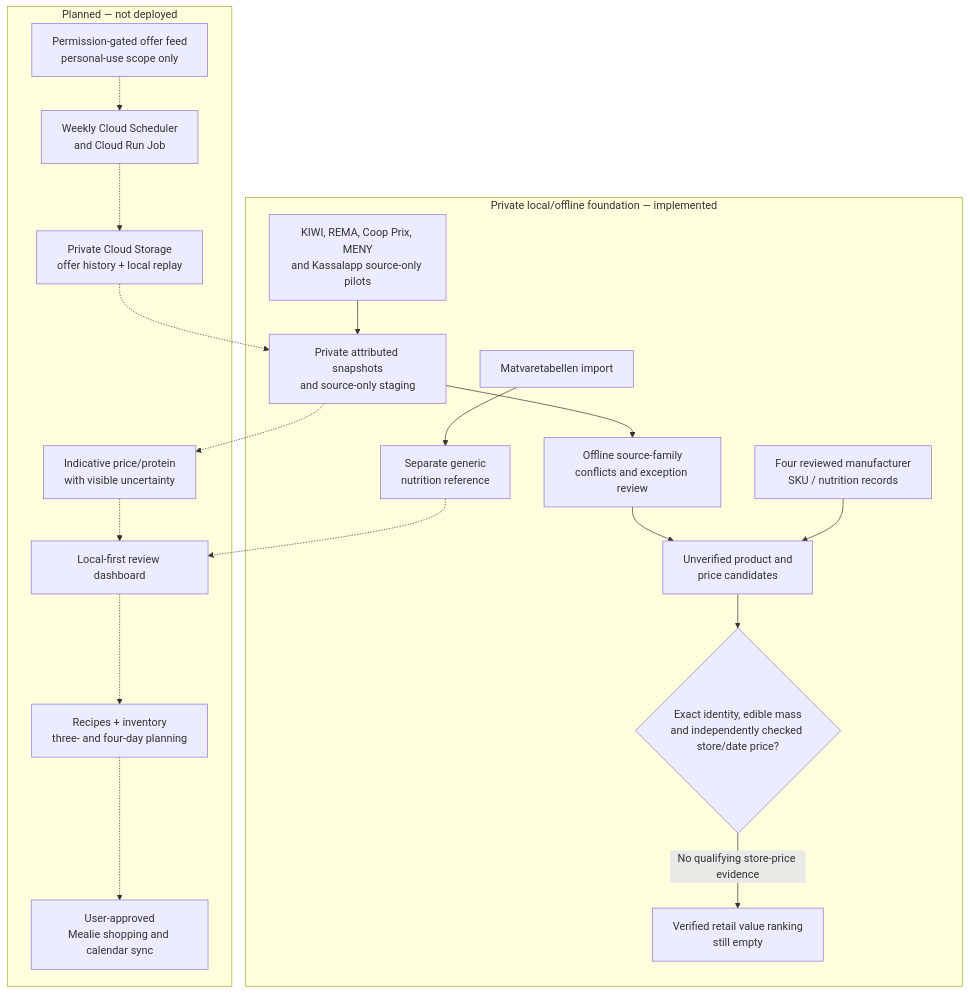
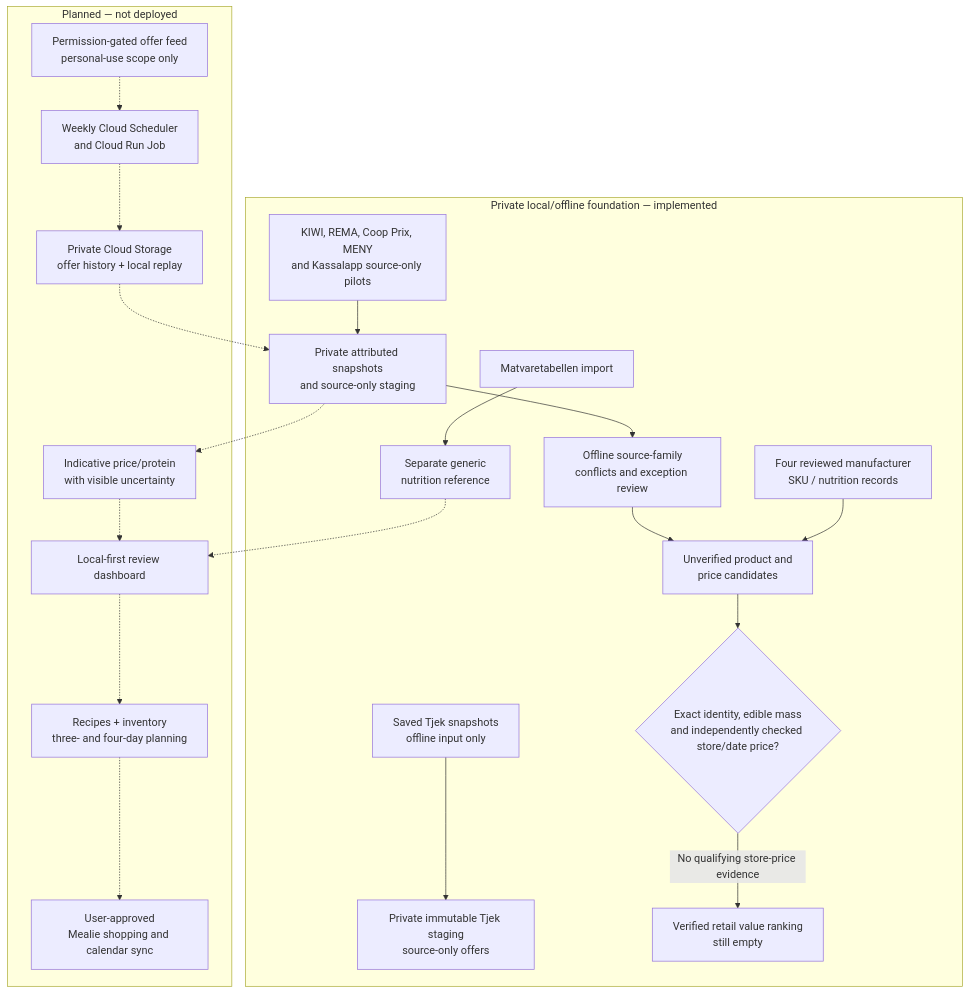
The second of 2 diagrams in README.md (wintersyntax/nutrivalue-portfolio), drawn with Mermaid before and after one commit. The commit also changed other lines of this file and 2 other files, not shown here.

First line of the commit message:
docs: sync public NutriValue portfolio with offline Tjek progress

```diff
--- a/README.md
+++ b/README.md
@@ -141,23 +142,24 @@
 ~~~mermaid
 flowchart TB
     subgraph Existing["Private local/offline foundation — implemented"]
         RetailSources["KIWI, REMA, Coop Prix, MENY<br/>and Kassalapp source-only pilots"] --> Stage["Private attributed snapshots<br/>and source-only staging"]
         MVT["Matvaretabellen import"] --> Generic["Separate generic<br/>nutrition reference"]
+        SavedTjek["Saved Tjek snapshots<br/>offline input only"] --> TjekStaging["Private immutable Tjek staging<br/>source-only offers"]
         Stage --> Reconcile["Offline source-family<br/>conflicts and exception review"]
         Reconcile --> Candidates["Unverified product and<br/>price candidates"]
         Manufacturer["Four reviewed manufacturer<br/>SKU / nutrition records"] --> Candidates
         Candidates --> Strict{"Exact identity, edible mass<br/>and independently checked store/date price?"}
         Strict -->|"No qualifying store-price evidence"| None["Verified retail value ranking<br/>still empty"]
     end
 
     subgraph Roadmap["Planned — not deployed"]
         Licensed["Permission-gated offer feed<br/>personal-use scope only"] -.-> Batch["Weekly Cloud Scheduler<br/>and Cloud Run Job"]
         Batch -.-> Archive["Private Cloud Storage<br/>offer history + local replay"]
         Archive -.-> Stage
         Stage -.-> Advisory["Indicative price/protein<br/>with visible uncertainty"]
         Advisory -.-> Dashboard["Local-first review dashboard"]
         Generic -.-> Dashboard
         Dashboard -.-> Meals["Recipes + inventory<br/>three- and four-day planning"]
         Meals -.-> Mealie["User-approved<br/>Mealie shopping and calendar sync"]
     end
 ~~~
```
